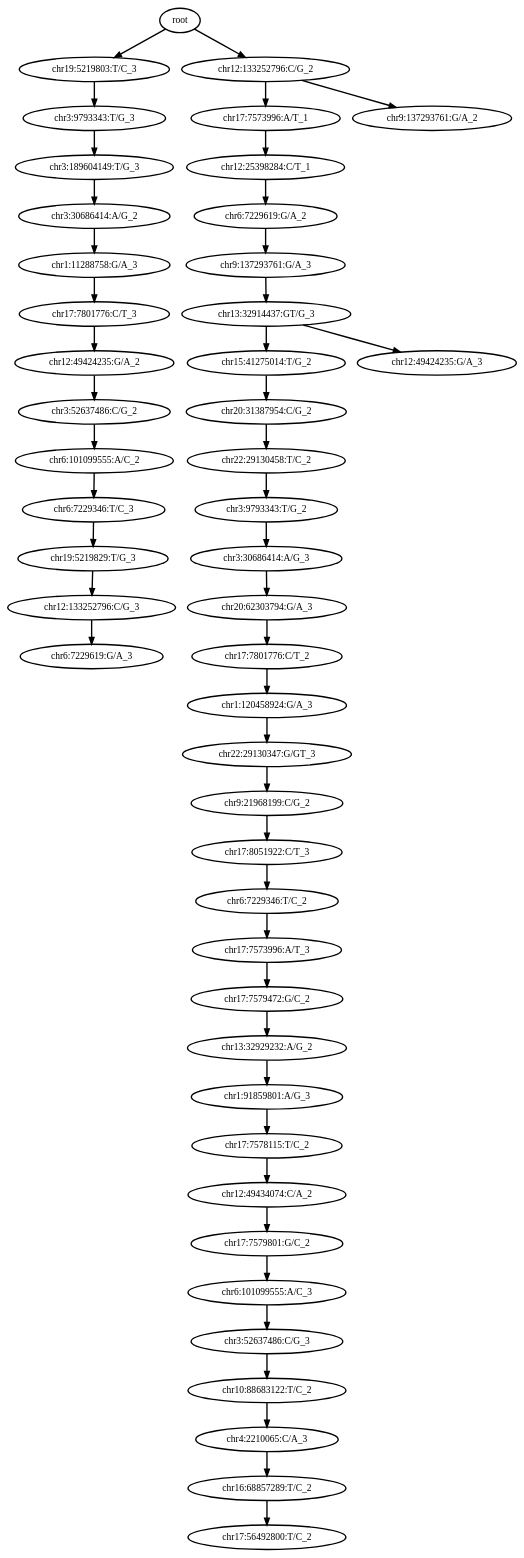
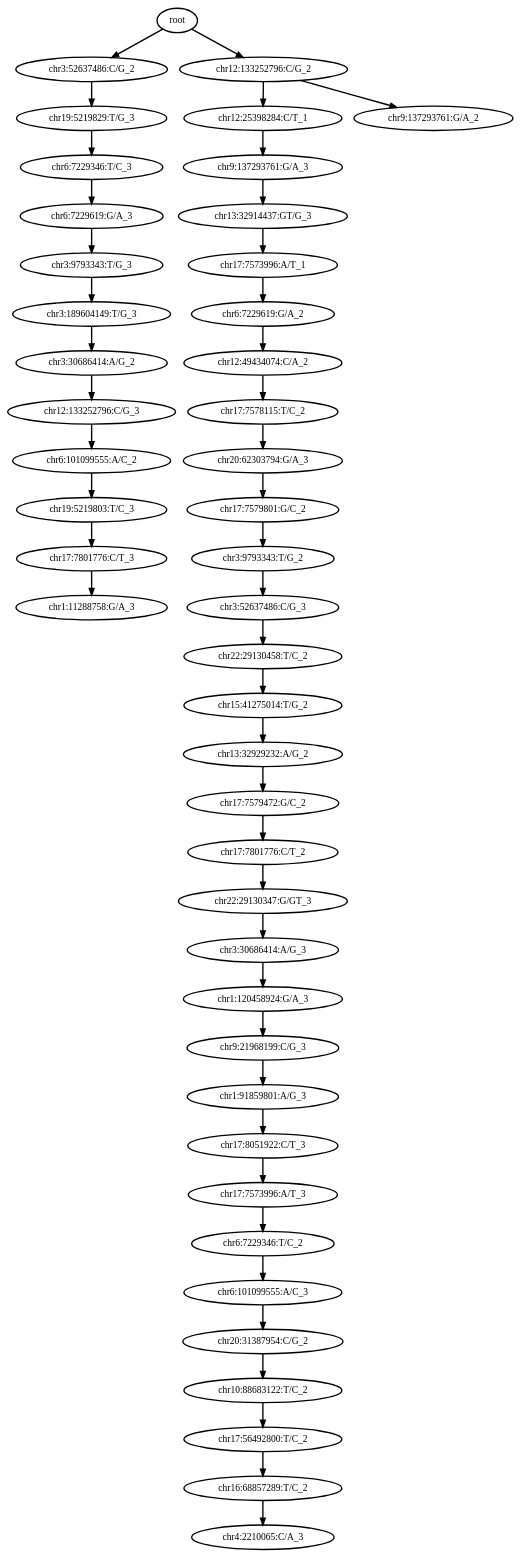
One commit to haochenz96/Tapestri_main_manuscript_analysis changed the diagram in 0_condor_pipeline/condor_outputs/BPA-2/out_tree_without_cells.dot. Above: the diagram before and after it, drawn with Graphviz. The commit also changed 68 other files, not shown here.

```diff
--- a/0_condor_pipeline/condor_outputs/BPA-2/out_tree_without_cells.dot
+++ b/0_condor_pipeline/condor_outputs/BPA-2/out_tree_without_cells.dot
@@ -1,97 +1,93 @@
 digraph N {
 	overlap="false"
 	rankdir="TB"
 	0 [label="root", style="bold"];
-	1 [label="chr19:5219803:T/C_3", style="bold"];
-	2 [label="chr3:9793343:T/G_3", style="bold"];
-	3 [label="chr3:189604149:T/G_3", style="bold"];
-	4 [label="chr3:30686414:A/G_2", style="bold"];
-	5 [label="chr1:11288758:G/A_3", style="bold"];
-	6 [label="chr17:7801776:C/T_3", style="bold"];
-	7 [label="chr12:49424235:G/A_2", style="bold"];
-	8 [label="chr3:52637486:C/G_2", style="bold"];
+	1 [label="chr3:52637486:C/G_2", style="bold"];
+	2 [label="chr19:5219829:T/G_3", style="bold"];
+	3 [label="chr6:7229346:T/C_3", style="bold"];
+	4 [label="chr6:7229619:G/A_3", style="bold"];
+	5 [label="chr3:9793343:T/G_3", style="bold"];
+	6 [label="chr3:189604149:T/G_3", style="bold"];
+	7 [label="chr3:30686414:A/G_2", style="bold"];
+	8 [label="chr12:133252796:C/G_3", style="bold"];
 	9 [label="chr6:101099555:A/C_2", style="bold"];
-	10 [label="chr6:7229346:T/C_3", style="bold"];
-	11 [label="chr19:5219829:T/G_3", style="bold"];
-	12 [label="chr12:133252796:C/G_3", style="bold"];
-	13 [label="chr6:7229619:G/A_3", style="bold"];
-	14 [label="chr12:133252796:C/G_2", style="bold"];
-	15 [label="chr17:7573996:A/T_1", style="bold"];
-	16 [label="chr12:25398284:C/T_1", style="bold"];
-	17 [label="chr6:7229619:G/A_2", style="bold"];
-	18 [label="chr9:137293761:G/A_3", style="bold"];
-	19 [label="chr13:32914437:GT/G_3", style="bold"];
-	20 [label="chr15:41275014:T/G_2", style="bold"];
-	21 [label="chr20:31387954:C/G_2", style="bold"];
-	22 [label="chr22:29130458:T/C_2", style="bold"];
+	10 [label="chr19:5219803:T/C_3", style="bold"];
+	11 [label="chr17:7801776:C/T_3", style="bold"];
+	12 [label="chr1:11288758:G/A_3", style="bold"];
+	13 [label="chr12:133252796:C/G_2", style="bold"];
+	14 [label="chr12:25398284:C/T_1", style="bold"];
+	15 [label="chr9:137293761:G/A_3", style="bold"];
+	16 [label="chr13:32914437:GT/G_3", style="bold"];
+	17 [label="chr17:7573996:A/T_1", style="bold"];
+	18 [label="chr6:7229619:G/A_2", style="bold"];
+	19 [label="chr12:49434074:C/A_2", style="bold"];
+	20 [label="chr17:7578115:T/C_2", style="bold"];
+	21 [label="chr20:62303794:G/A_3", style="bold"];
+	22 [label="chr17:7579801:G/C_2", style="bold"];
 	23 [label="chr3:9793343:T/G_2", style="bold"];
-	24 [label="chr3:30686414:A/G_3", style="bold"];
-	25 [label="chr20:62303794:G/A_3", style="bold"];
-	26 [label="chr17:7801776:C/T_2", style="bold"];
-	27 [label="chr1:120458924:G/A_3", style="bold"];
-	28 [label="chr22:29130347:G/GT_3", style="bold"];
-	29 [label="chr9:21968199:C/G_2", style="bold"];
-	30 [label="chr17:8051922:C/T_3", style="bold"];
-	31 [label="chr6:7229346:T/C_2", style="bold"];
-	32 [label="chr17:7573996:A/T_3", style="bold"];
-	33 [label="chr17:7579472:G/C_2", style="bold"];
-	34 [label="chr13:32929232:A/G_2", style="bold"];
-	35 [label="chr1:91859801:A/G_3", style="bold"];
-	36 [label="chr17:7578115:T/C_2", style="bold"];
-	37 [label="chr12:49434074:C/A_2", style="bold"];
-	38 [label="chr17:7579801:G/C_2", style="bold"];
-	39 [label="chr6:101099555:A/C_3", style="bold"];
-	40 [label="chr3:52637486:C/G_3", style="bold"];
-	41 [label="chr10:88683122:T/C_2", style="bold"];
-	42 [label="chr4:2210065:C/A_3", style="bold"];
-	43 [label="chr16:68857289:T/C_2", style="bold"];
-	44 [label="chr17:56492800:T/C_2", style="bold"];
-	45 [label="chr12:49424235:G/A_3", style="bold"];
-	46 [label="chr9:137293761:G/A_2", style="bold"];
+	24 [label="chr3:52637486:C/G_3", style="bold"];
+	25 [label="chr22:29130458:T/C_2", style="bold"];
+	26 [label="chr15:41275014:T/G_2", style="bold"];
+	27 [label="chr13:32929232:A/G_2", style="bold"];
+	28 [label="chr17:7579472:G/C_2", style="bold"];
+	29 [label="chr17:7801776:C/T_2", style="bold"];
+	30 [label="chr22:29130347:G/GT_3", style="bold"];
+	31 [label="chr3:30686414:A/G_3", style="bold"];
+	32 [label="chr1:120458924:G/A_3", style="bold"];
+	33 [label="chr9:21968199:C/G_3", style="bold"];
+	34 [label="chr1:91859801:A/G_3", style="bold"];
+	35 [label="chr17:8051922:C/T_3", style="bold"];
+	36 [label="chr17:7573996:A/T_3", style="bold"];
+	37 [label="chr6:7229346:T/C_2", style="bold"];
+	38 [label="chr6:101099555:A/C_3", style="bold"];
+	39 [label="chr20:31387954:C/G_2", style="bold"];
+	40 [label="chr10:88683122:T/C_2", style="bold"];
+	41 [label="chr17:56492800:T/C_2", style="bold"];
+	42 [label="chr16:68857289:T/C_2", style="bold"];
+	43 [label="chr4:2210065:C/A_3", style="bold"];
+	44 [label="chr9:137293761:G/A_2", style="bold"];
 	0 -> 1 [style="bold"];
-	0 -> 14 [style="bold"];
+	0 -> 13 [style="bold"];
 	1 -> 2 [style="bold"];
 	2 -> 3 [style="bold"];
 	3 -> 4 [style="bold"];
 	4 -> 5 [style="bold"];
 	5 -> 6 [style="bold"];
 	6 -> 7 [style="bold"];
 	7 -> 8 [style="bold"];
 	8 -> 9 [style="bold"];
 	9 -> 10 [style="bold"];
 	10 -> 11 [style="bold"];
 	11 -> 12 [style="bold"];
-	12 -> 13 [style="bold"];
+	13 -> 14 [style="bold"];
+	13 -> 44 [style="bold"];
 	14 -> 15 [style="bold"];
-	14 -> 46 [style="bold"];
 	15 -> 16 [style="bold"];
 	16 -> 17 [style="bold"];
 	17 -> 18 [style="bold"];
 	18 -> 19 [style="bold"];
 	19 -> 20 [style="bold"];
-	19 -> 45 [style="bold"];
 	20 -> 21 [style="bold"];
 	21 -> 22 [style="bold"];
 	22 -> 23 [style="bold"];
 	23 -> 24 [style="bold"];
 	24 -> 25 [style="bold"];
 	25 -> 26 [style="bold"];
 	26 -> 27 [style="bold"];
 	27 -> 28 [style="bold"];
 	28 -> 29 [style="bold"];
 	29 -> 30 [style="bold"];
 	30 -> 31 [style="bold"];
 	31 -> 32 [style="bold"];
 	32 -> 33 [style="bold"];
 	33 -> 34 [style="bold"];
 	34 -> 35 [style="bold"];
 	35 -> 36 [style="bold"];
 	36 -> 37 [style="bold"];
 	37 -> 38 [style="bold"];
 	38 -> 39 [style="bold"];
 	39 -> 40 [style="bold"];
 	40 -> 41 [style="bold"];
 	41 -> 42 [style="bold"];
 	42 -> 43 [style="bold"];
-	43 -> 44 [style="bold"];
 }
```
